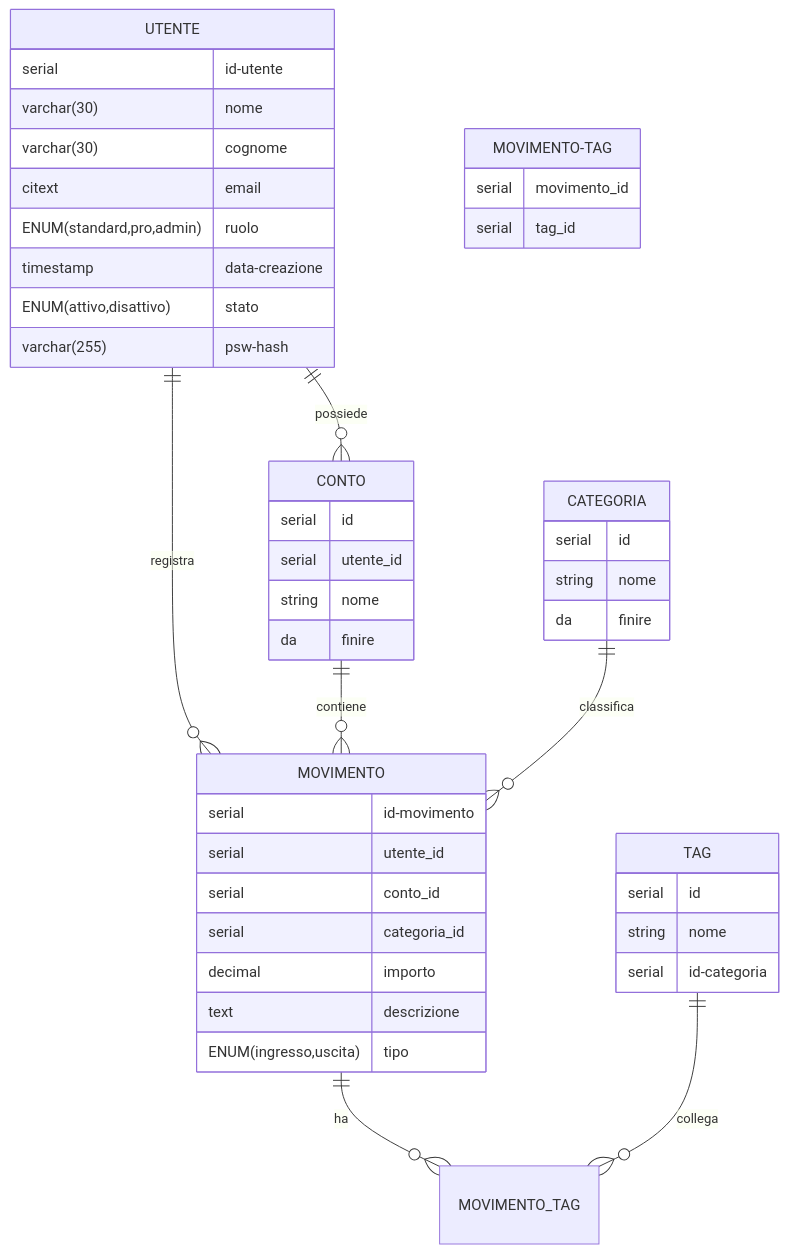
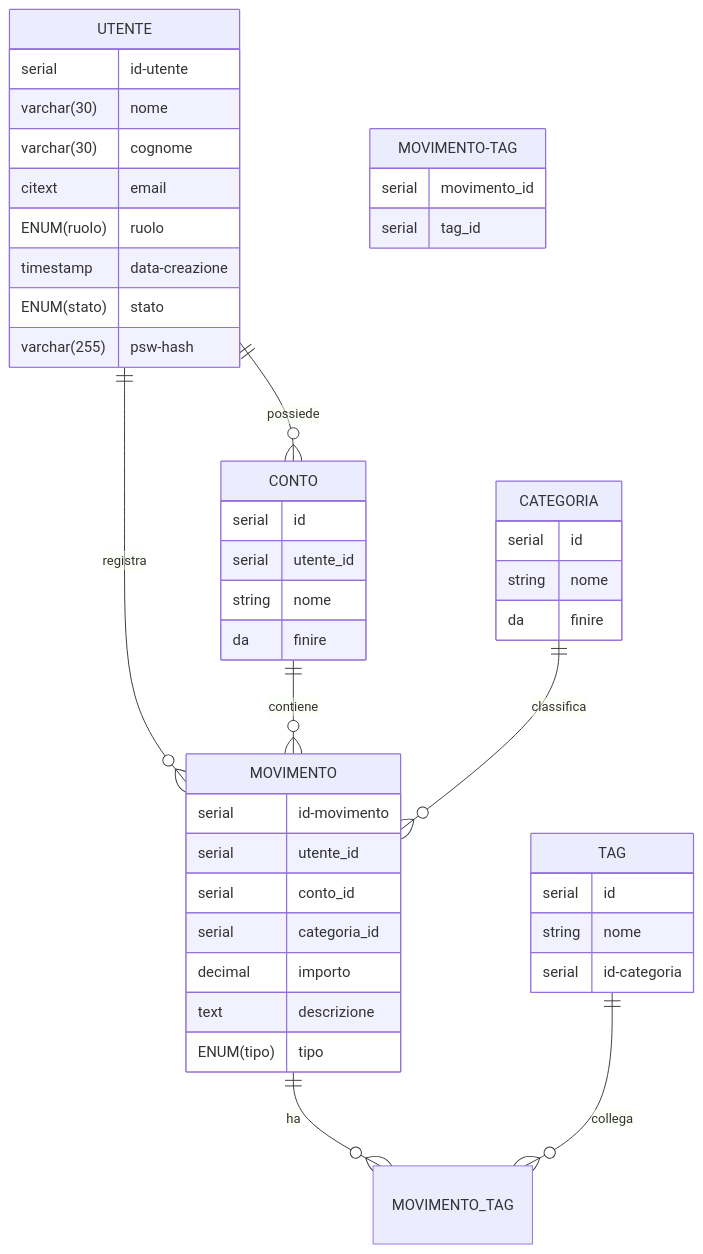
One commit to StetoVillans/SV-ErMoneiTracher changed the diagram in README.MD. Above: the diagram before and after it, drawn with Mermaid.

Commit message:
Docs: Aggiustato schema db

````diff
--- a/README.MD
+++ b/README.MD
@@ -29,54 +29,54 @@
 ``` mermaid
 erDiagram
     UTENTE {
         serial id-utente
         varchar(30) nome
         varchar(30) cognome
         citext email
-        ENUM(standard,pro,admin) ruolo
+        ENUM(ruolo) ruolo
         timestamp data-creazione
-        ENUM(attivo,disattivo) stato
+        ENUM(stato) stato
         varchar(255) psw-hash
     }
 
     CONTO {
         serial id
         serial utente_id
         string nome
         da finire
     }
 
     MOVIMENTO {
         serial id-movimento
         serial utente_id
         serial conto_id
         serial categoria_id
         decimal importo
         text descrizione
-        ENUM(ingresso,uscita) tipo
+        ENUM(tipo) tipo
     }
 
     CATEGORIA {
         serial id
         string nome
         da finire
     }
 
     TAG {
         serial id
         string nome
         serial id-categoria
     }
 
     MOVIMENTO-TAG {
         serial movimento_id
         serial tag_id
     }
 
     UTENTE ||--o{ CONTO : possiede
     UTENTE ||--o{ MOVIMENTO : registra
     CONTO ||--o{ MOVIMENTO : contiene
     CATEGORIA ||--o{ MOVIMENTO : classifica
     MOVIMENTO ||--o{ MOVIMENTO_TAG : ha
     TAG ||--o{ MOVIMENTO_TAG : collega
 ```
````
